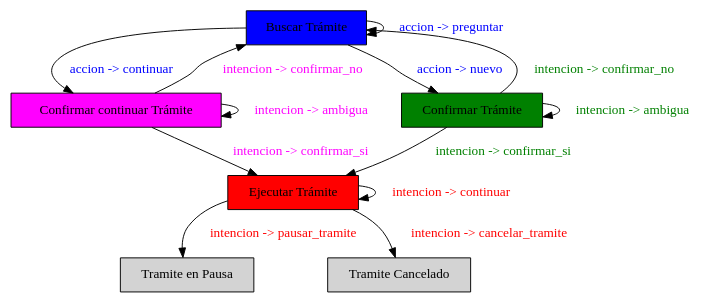
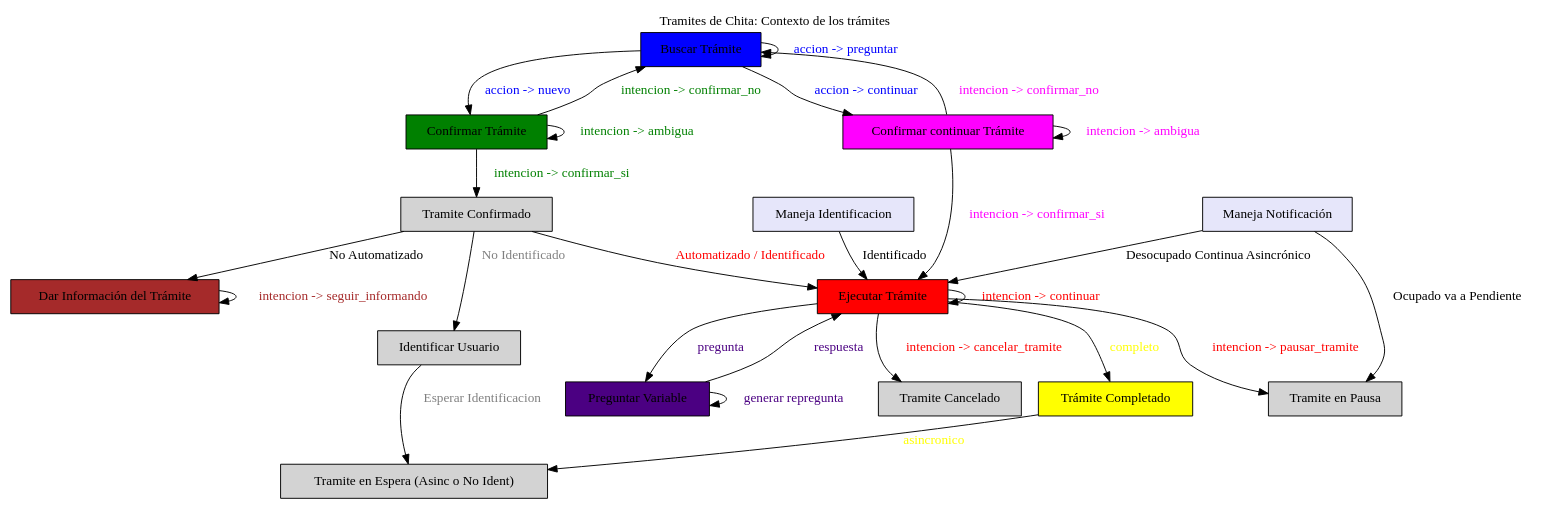
One commit to vaucheret/cheetha changed the diagram in fasesllm.dot. Above: the diagram before and after it, drawn with Graphviz. The commit also changed 256 other files, not shown here.

```diff
--- a/fasesllm.dot
+++ b/fasesllm.dot
@@ -1,29 +1,60 @@
 digraph chat_assistant {
-    rankdir=TB; 
+    rankdir=TB;
+    labelloc="t";
+    label="Tramites de Chita: Contexto de los trámites";
+
     node [shape=box, style=filled];
     
     // Fases existentes
     buscar_tramite [label="Buscar Trámite" shape=box fillcolor=blue];
     confirmar_continuar_tramite [label="Confirmar continuar Trámite" shape=box fillcolor=magenta];
     confirmar_tramite [label="Confirmar Trámite" shape=box fillcolor=green];
     ejecutar_tramite [label="Ejecutar Trámite" shape=box fillcolor=red];
+    informar_tramite [label="Dar Información del Trámite" shape=box fillcolor=brown];
+    tramite_completado [label="Trámite Completado" shape=box fillcolor=yellow ];
+    preguntar_variable [label="Preguntar Variable" shape=box fillcolor=indigo];
+    tramite_confirmado [label="Tramite Confirmado" shape=box];
+    identificar_usuario [label="Identificar Usuario" shape=box];
     en_pausa [label="Tramite en Pausa" shape=box ];
+    en_espera [label="Tramite en Espera (Asinc o No Ident)" ];
     cancelado [label="Tramite Cancelado" shape=box ];
+    handler_notificacion [label="Maneja Notificación" shape=box fillcolor=lavender];
+    handler_identificacion [label="Maneja Identificacion" shape=box fillcolor=lavender];
     // Transiciones
 
     buscar_tramite -> confirmar_continuar_tramite [label="accion -> continuar" fontcolor=blue];
     buscar_tramite -> confirmar_tramite [label="accion -> nuevo" fontcolor=blue];
     buscar_tramite -> buscar_tramite [label="accion -> preguntar" fontcolor=blue];
     
-    confirmar_tramite -> ejecutar_tramite [label="intencion -> confirmar_si" fontcolor=green];
+    confirmar_tramite -> tramite_confirmado [label="intencion -> confirmar_si" fontcolor=green];
+
+    tramite_confirmado -> ejecutar_tramite [label="Automatizado / Identificado" fontcolor=red];
+    tramite_confirmado -> identificar_usuario [label="No Identificado" fontcolor=gray ];
+    tramite_confirmado -> informar_tramite [label="No Automatizado" fontcolor=black ];
+
+    identificar_usuario -> en_espera [label="Esperar Identificacion" fontcolor=gray ];
+    informar_tramite -> informar_tramite [label="intencion -> seguir_informando" fontcolor=brown ];
+
     confirmar_tramite -> buscar_tramite [label="intencion -> confirmar_no" fontcolor=green];
     confirmar_tramite -> confirmar_tramite [label="intencion -> ambigua" fontcolor=green];
     
     confirmar_continuar_tramite -> ejecutar_tramite [label="intencion -> confirmar_si" fontcolor=magenta];
     confirmar_continuar_tramite -> buscar_tramite [label="intencion -> confirmar_no" fontcolor=magenta];
     confirmar_continuar_tramite -> confirmar_continuar_tramite [label="intencion -> ambigua" fontcolor=magenta];
 
     ejecutar_tramite -> en_pausa [label="intencion -> pausar_tramite" fontcolor=red];
     ejecutar_tramite -> cancelado [label="intencion -> cancelar_tramite" fontcolor=red];
     ejecutar_tramite -> ejecutar_tramite [label="intencion -> continuar" fontcolor=red];
+    ejecutar_tramite -> tramite_completado [label="completo" fontcolor=yellow];
+    ejecutar_tramite -> preguntar_variable [label="pregunta" fontcolor=indigo ];
+    preguntar_variable -> preguntar_variable [label="generar repregunta" fontcolor=indigo];
+    preguntar_variable -> ejecutar_tramite [label="respuesta" fontcolor=indigo];
+
+    tramite_completado -> en_espera [label="asincronico" fontcolor=yellow] ;
+
+    handler_identificacion -> ejecutar_tramite [label="Identificado" fontcolor=black] ;
+    handler_notificacion -> ejecutar_tramite [label="Desocupado Continua Asincrónico" fontcolor=black];
+        handler_notificacion -> en_pausa [label="Ocupado va a Pendiente" fontcolor=black];
+
+    
 }
```
